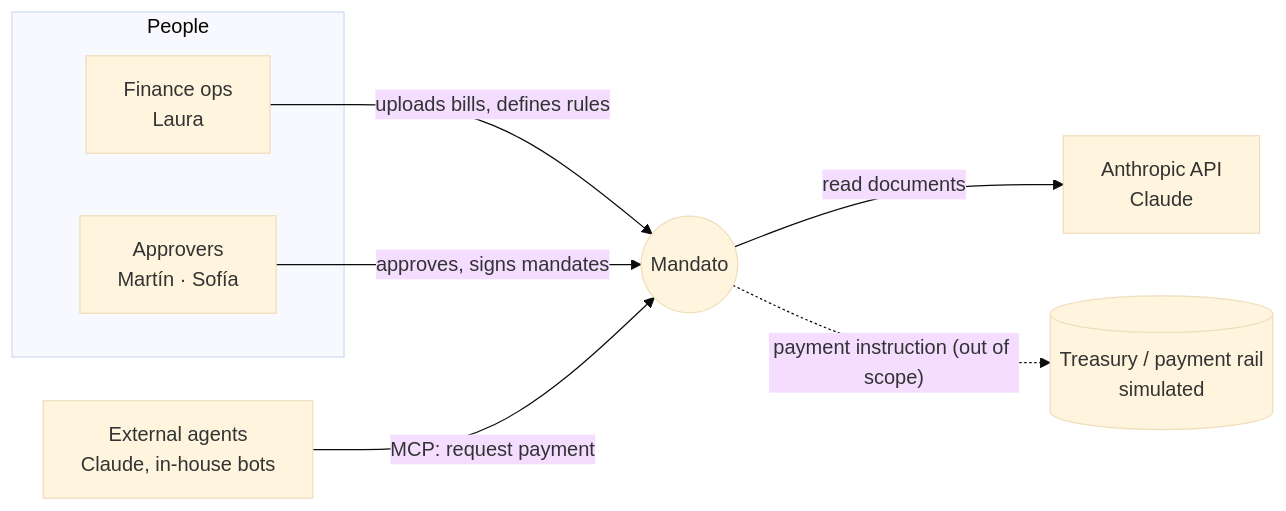
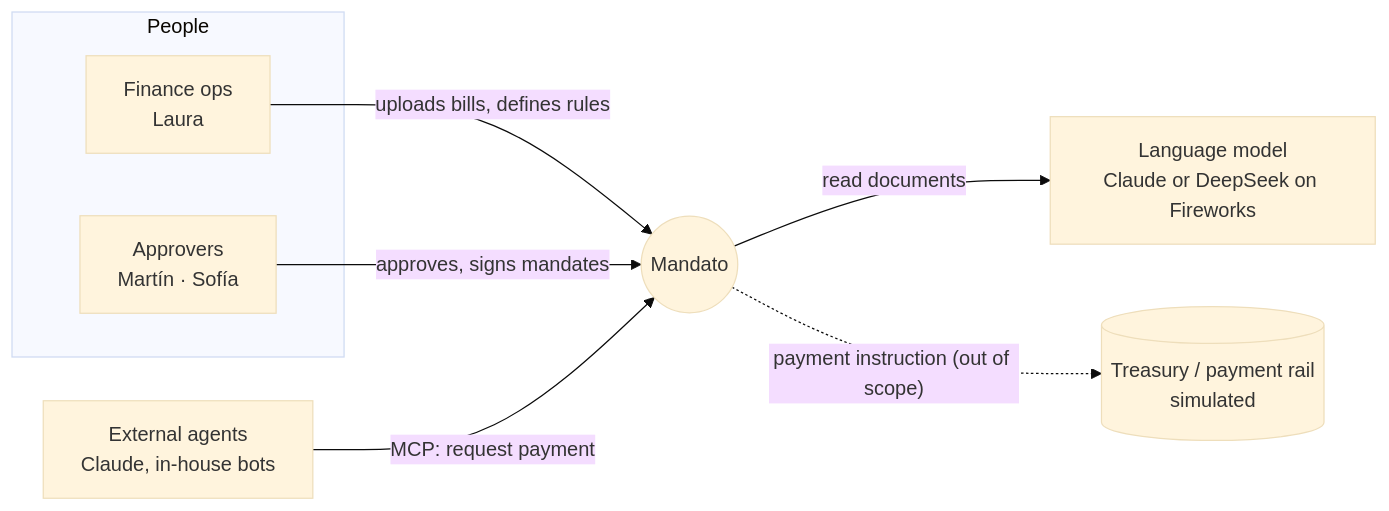
One commit to JuanMCanchala/hackathon_30x changed the first of 7 diagrams in docs/SYSTEM_DESIGN.md. Above: the diagram before and after it, drawn with Mermaid (base theme). The commit also changed other lines of this file and 4 other files, not shown here.

Commit message:
docs: report the end-to-end run on DeepSeek's real readings

````diff
--- a/docs/SYSTEM_DESIGN.md
+++ b/docs/SYSTEM_DESIGN.md
@@ -42,17 +42,17 @@
 ```mermaid
 flowchart LR
   subgraph People
     OPS[Finance ops<br/>Laura]
     CFO[Approvers<br/>Martín · Sofía]
   end
   EXT[External agents<br/>Claude, in-house bots]
   M((Mandato))
-  CL[Anthropic API<br/>Claude]
+  CL[Language model<br/>Claude or DeepSeek on Fireworks]
   BANK[(Treasury / payment rail<br/>simulated)]
 
   OPS -- uploads bills, defines rules --> M
   CFO -- approves, signs mandates --> M
   EXT -- MCP: request payment --> M
   M -- read documents --> CL
   M -. payment instruction (out of scope) .-> BANK
 ```
````
